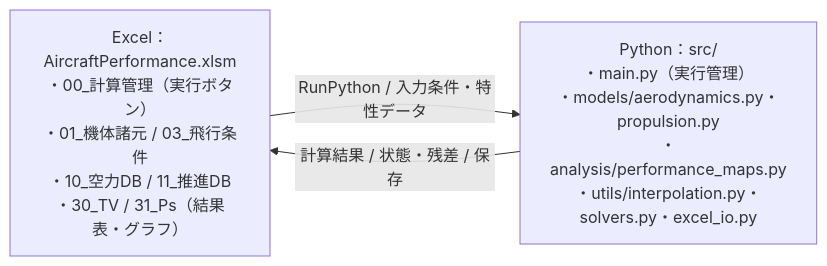
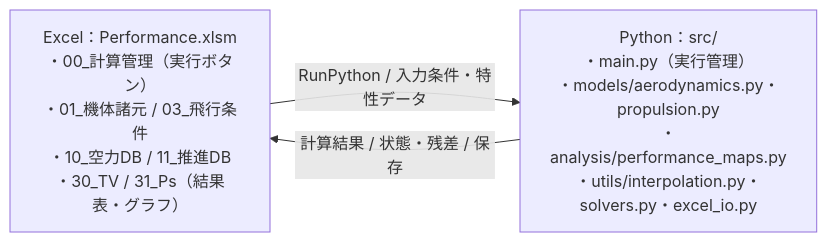
Before and after one commit to u0muumufuu/my-python-tool: the first of 2 diagrams in README.md, drawn with Mermaid. The commit also changed other lines of this file, not shown here.

````diff
--- a/README.md
+++ b/README.md
@@ -9,7 +9,7 @@
 ```mermaid
 flowchart LR
-  E["Excel：AircraftPerformance.xlsm<br/>・00_計算管理（実行ボタン）<br/>・01_機体諸元 / 03_飛行条件<br/>・10_空力DB / 11_推進DB<br/>・30_TV / 31_Ps（結果表・グラフ）"]
+  E["Excel：Performance.xlsm<br/>・00_計算管理（実行ボタン）<br/>・01_機体諸元 / 03_飛行条件<br/>・10_空力DB / 11_推進DB<br/>・30_TV / 31_Ps（結果表・グラフ）"]
   P["Python：src/<br/>・main.py（実行管理）<br/>・models/aerodynamics.py・propulsion.py<br/>・analysis/performance_maps.py<br/>・utils/interpolation.py・solvers.py・excel_io.py"]
   E -->|"RunPython / 入力条件・特性データ"| P
   P -->|"計算結果 / 状態・残差 / 保存"| E
 ```
````
